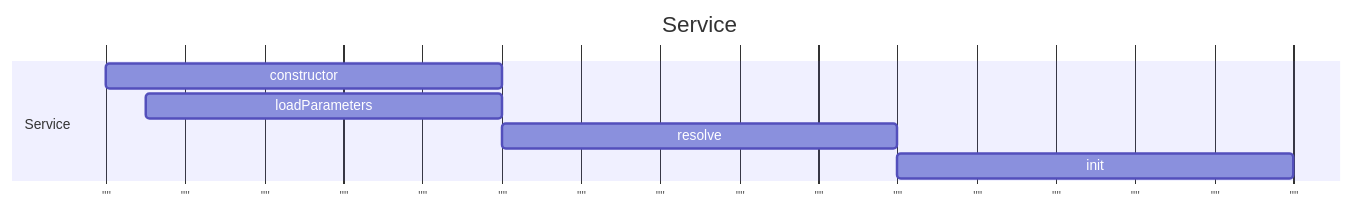
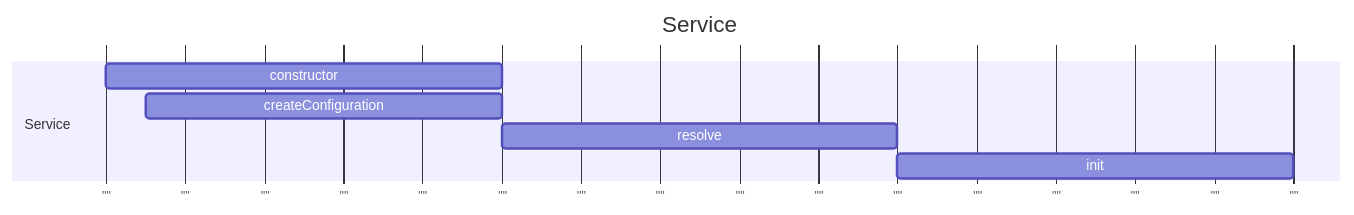
The diagram in docs/pages/Concepts/Services/Services.md (loopingz/webda.io), drawn with Mermaid before and after one commit. The commit also changed other lines of this file and 104 other files, not shown here.

````diff
--- a/docs/pages/Concepts/Services/Services.md
+++ b/docs/pages/Concepts/Services/Services.md
@@ -15,11 +15,11 @@
 ```mermaid
 gantt
     title Service
     section Service
     axisFormat ""
     constructor  :2014-01-01  , 10d
-    loadParameters  :2014-01-02  , 9d
+    createConfiguration  :2014-01-02  , 9d
     resolve      : 2014-01-11, 10d
     init      : 2014-01-21, 10d
 
 ```
````
